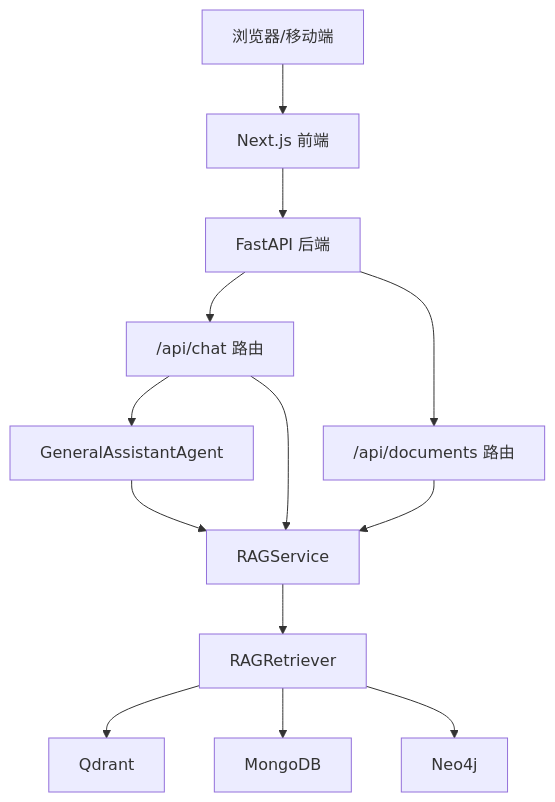
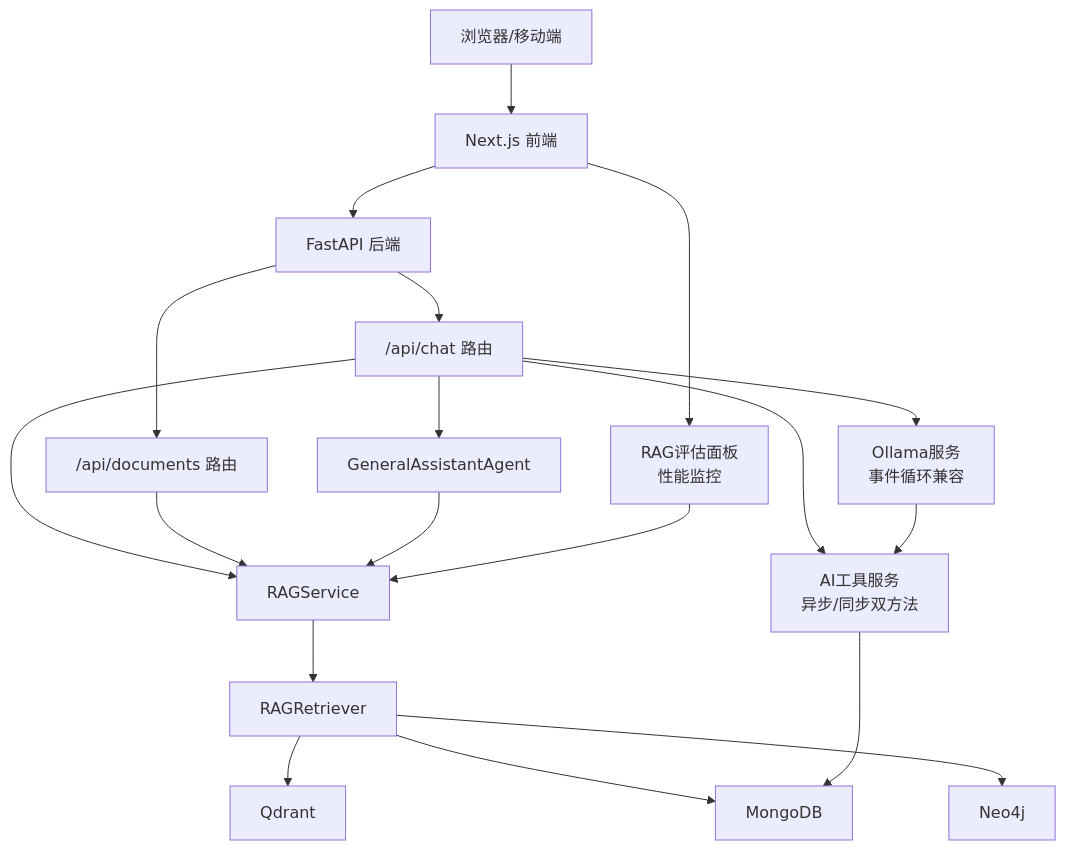
The second of 9 diagrams in .qoder/repowiki/zh/content/项目概述/系统架构总览.md (iammm0/advanced-rag), drawn with Mermaid before and after one commit. The commit also changed other lines of this file and 5 other files, not shown here.

````diff
--- a/.qoder/repowiki/zh/content/项目概述/系统架构总览.md
+++ b/.qoder/repowiki/zh/content/项目概述/系统架构总览.md
@@ -121,26 +156,35 @@
 ```mermaid
 graph TB
 CLIENT["浏览器/移动端"]
 NEXTJS["Next.js 前端"]
 API["FastAPI 后端"]
 CHAT_ROUTER["/api/chat 路由"]
 DOC_ROUTER["/api/documents 路由"]
 RAG_SERVICE["RAGService"]
 RETRIEVER["RAGRetriever"]
 AGENT["GeneralAssistantAgent"]
+AITOOLS["AI工具服务<br/>异步/同步双方法"]
+OLLAMASVC["Ollama服务<br/>事件循环兼容"]
+EVAL_PANEL["RAG评估面板<br/>性能监控"]
 MONGO["MongoDB"]
 QDRANT["Qdrant"]
 NEO4J["Neo4j"]
 CLIENT --> NEXTJS
 NEXTJS --> API
 API --> CHAT_ROUTER
 API --> DOC_ROUTER
 CHAT_ROUTER --> AGENT
 CHAT_ROUTER --> RAG_SERVICE
+CHAT_ROUTER --> AITOOLS
+CHAT_ROUTER --> OLLAMASVC
 DOC_ROUTER --> RAG_SERVICE
 RAG_SERVICE --> RETRIEVER
 RETRIEVER --> QDRANT
 RETRIEVER --> MONGO
 RETRIEVER --> NEO4J
 AGENT --> RAG_SERVICE
+AITOOLS --> MONGO
+OLLAMASVC --> AITOOLS
+NEXTJS --> EVAL_PANEL
+EVAL_PANEL --> RAG_SERVICE
 ```
````
